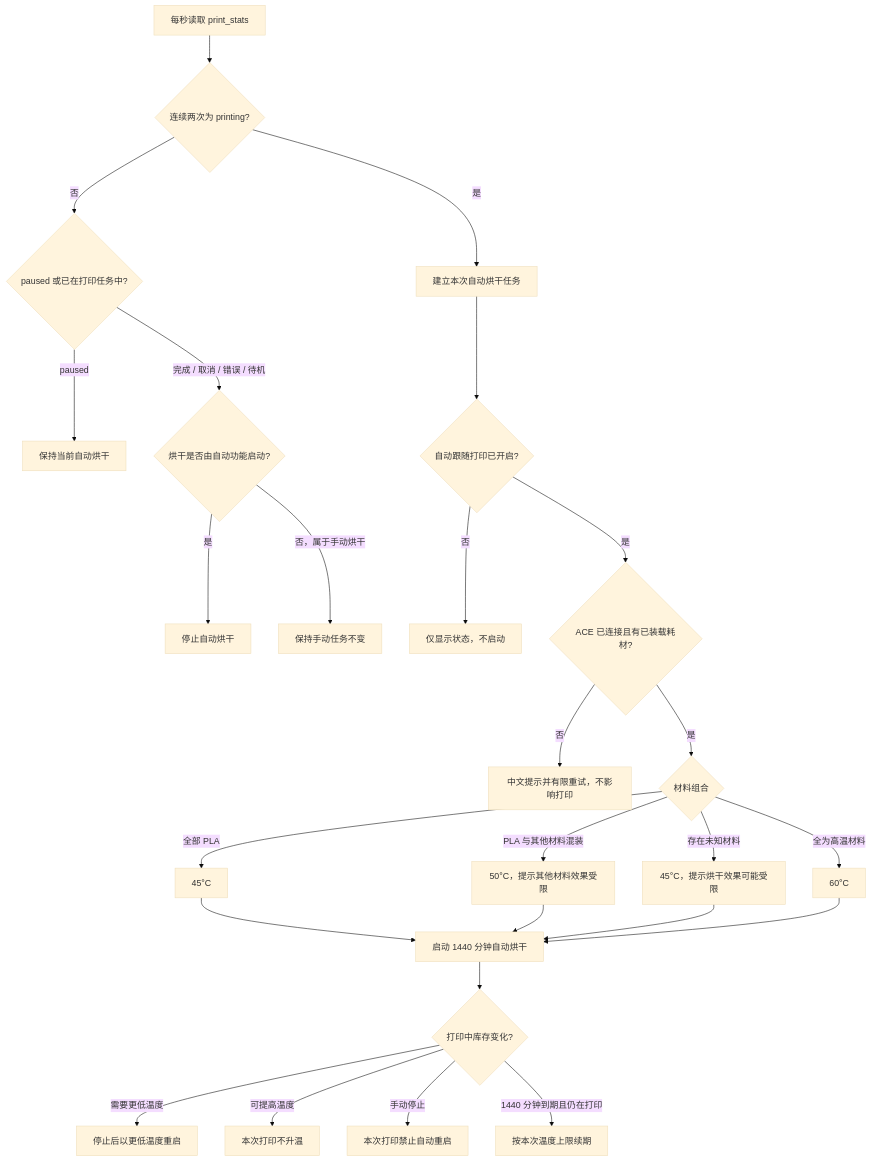
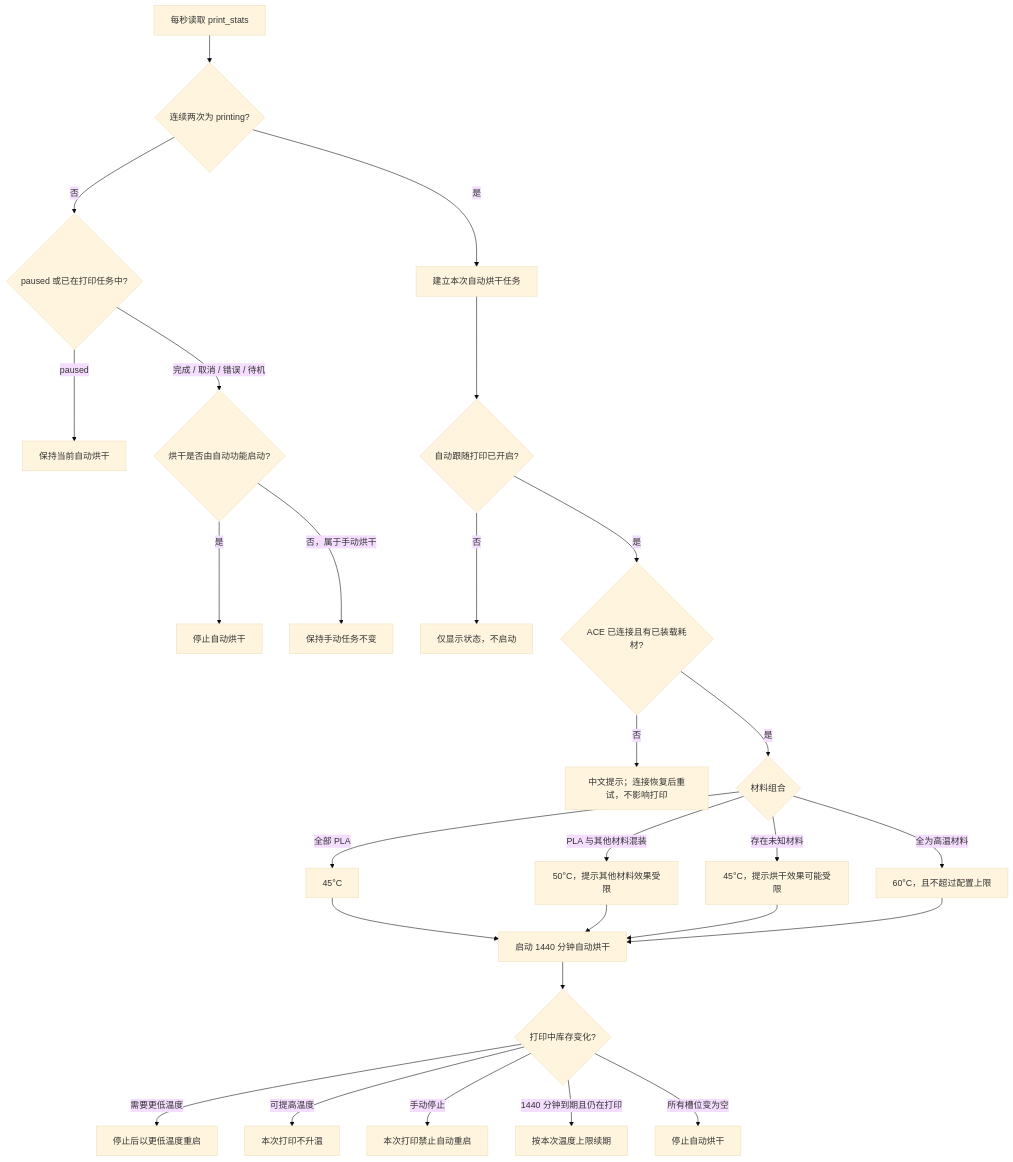
One commit to Luomo520/ace-pro-control-center changed the diagram in docs/AUTO_DRYING_FLOW.zh-CN.md. Above: the diagram before and after it, drawn with Mermaid (base theme). The commit also changed other lines of this file and 101 other files, not shown here.

````diff
--- a/docs/AUTO_DRYING_FLOW.zh-CN.md
+++ b/docs/AUTO_DRYING_FLOW.zh-CN.md
@@ -5,28 +5,29 @@
 ```mermaid
 flowchart TD
     A["每秒读取 print_stats"] --> B{"连续两次为 printing?"}
     B -- "否" --> C{"paused 或已在打印任务中?"}
     B -- "是" --> D["建立本次自动烘干任务"]
     C -- "paused" --> E["保持当前自动烘干"]
     C -- "完成 / 取消 / 错误 / 待机" --> F{"烘干是否由自动功能启动?"}
     F -- "是" --> G["停止自动烘干"]
     F -- "否，属于手动烘干" --> H["保持手动任务不变"]
     D --> I{"自动跟随打印已开启?"}
     I -- "否" --> J["仅显示状态，不启动"]
     I -- "是" --> K{"ACE 已连接且有已装载耗材?"}
-    K -- "否" --> L["中文提示并有限重试，不影响打印"]
+    K -- "否" --> L["中文提示；连接恢复后重试，不影响打印"]
     K -- "是" --> M{"材料组合"}
     M -- "全部 PLA" --> N["45°C"]
     M -- "PLA 与其他材料混装" --> O["50°C，提示其他材料效果受限"]
     M -- "存在未知材料" --> P["45°C，提示烘干效果可能受限"]
-    M -- "全为高温材料" --> Q["60°C"]
+    M -- "全为高温材料" --> Q["60°C，且不超过配置上限"]
     N --> R["启动 1440 分钟自动烘干"]
     O --> R
     P --> R
     Q --> R
     R --> S{"打印中库存变化?"}
     S -- "需要更低温度" --> T["停止后以更低温度重启"]
     S -- "可提高温度" --> U["本次打印不升温"]
     S -- "手动停止" --> V["本次打印禁止自动重启"]
     S -- "1440 分钟到期且仍在打印" --> W["按本次温度上限续期"]
+    S -- "所有槽位变为空" --> X["停止自动烘干"]
 ```
````
